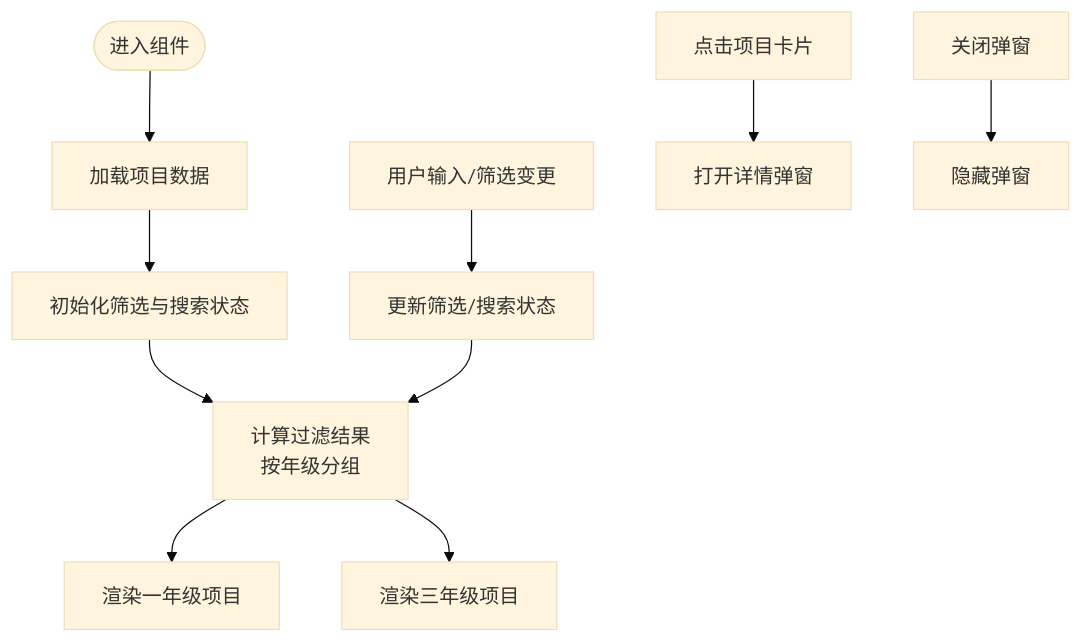
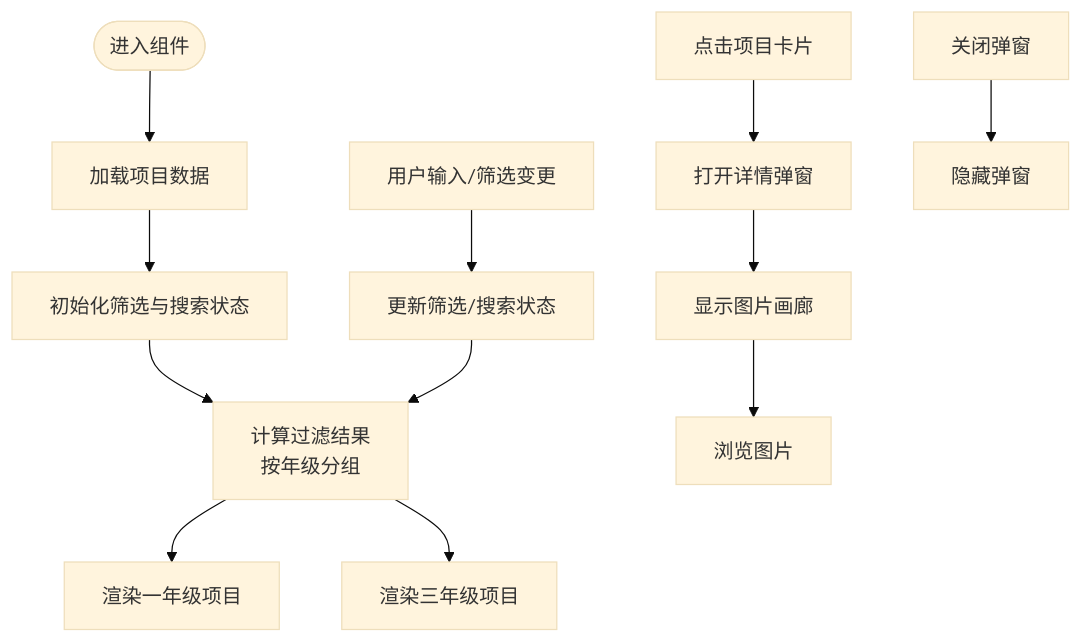
One commit to lithos666/lithos666.github.io changed the third of 4 diagrams in .qoder/repowiki/zh/content/核心功能模块/作品展示组件/作品展示主组件.md. Above: the diagram before and after it, drawn with Mermaid (base theme). The commit also changed other lines of this file and 30 other files, not shown here.

````diff
--- a/.qoder/repowiki/zh/content/核心功能模块/作品展示组件/作品展示主组件.md
+++ b/.qoder/repowiki/zh/content/核心功能模块/作品展示组件/作品展示主组件.md
@@ -150,12 +164,14 @@
 ```mermaid
 flowchart TD
 Start(["进入组件"]) --> LoadData["加载项目数据"]
 LoadData --> InitState["初始化筛选与搜索状态"]
 InitState --> Compute["计算过滤结果<br/>按年级分组"]
 Compute --> RenderY1["渲染一年级项目"]
 Compute --> RenderY3["渲染三年级项目"]
 UserInput["用户输入/筛选变更"] --> UpdateState["更新筛选/搜索状态"]
 UpdateState --> Compute
 ClickCard["点击项目卡片"] --> OpenModal["打开详情弹窗"]
+OpenModal --> ShowGallery["显示图片画廊"]
+ShowGallery --> NavigateImages["浏览图片"]
 CloseModal["关闭弹窗"] --> HideModal["隐藏弹窗"]
 ```
````
